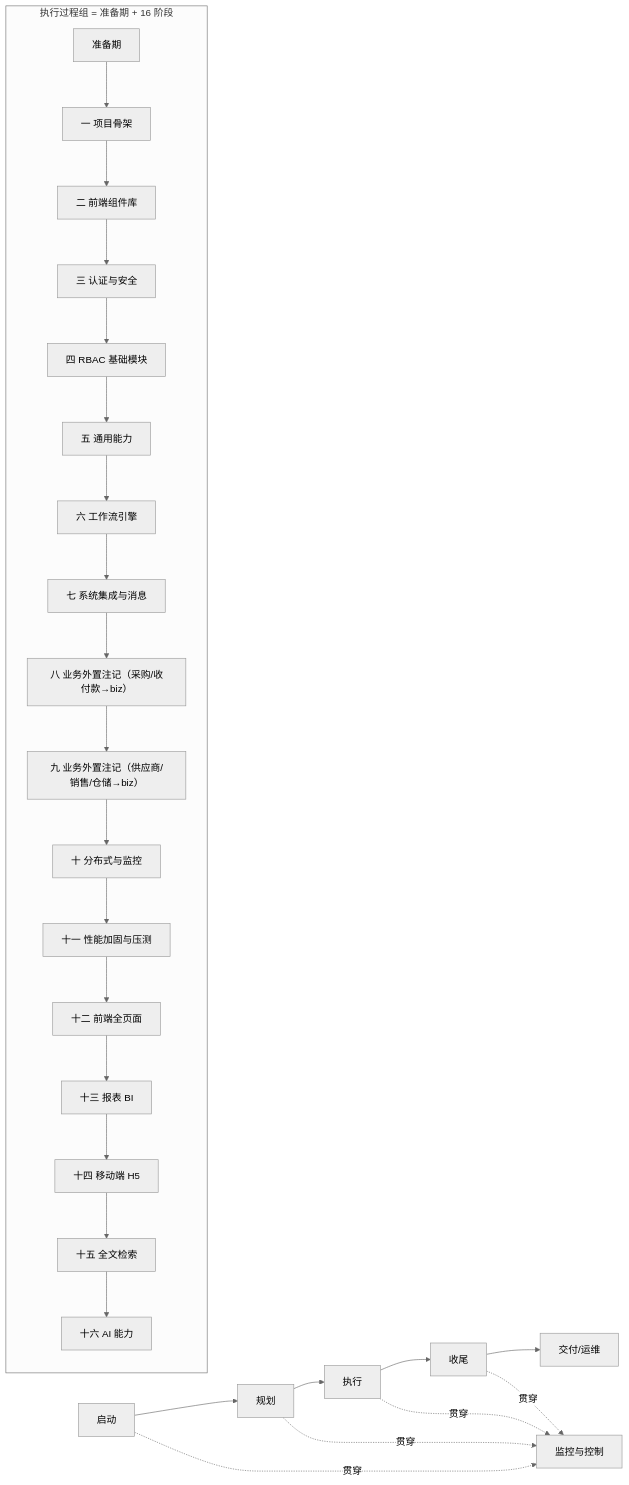
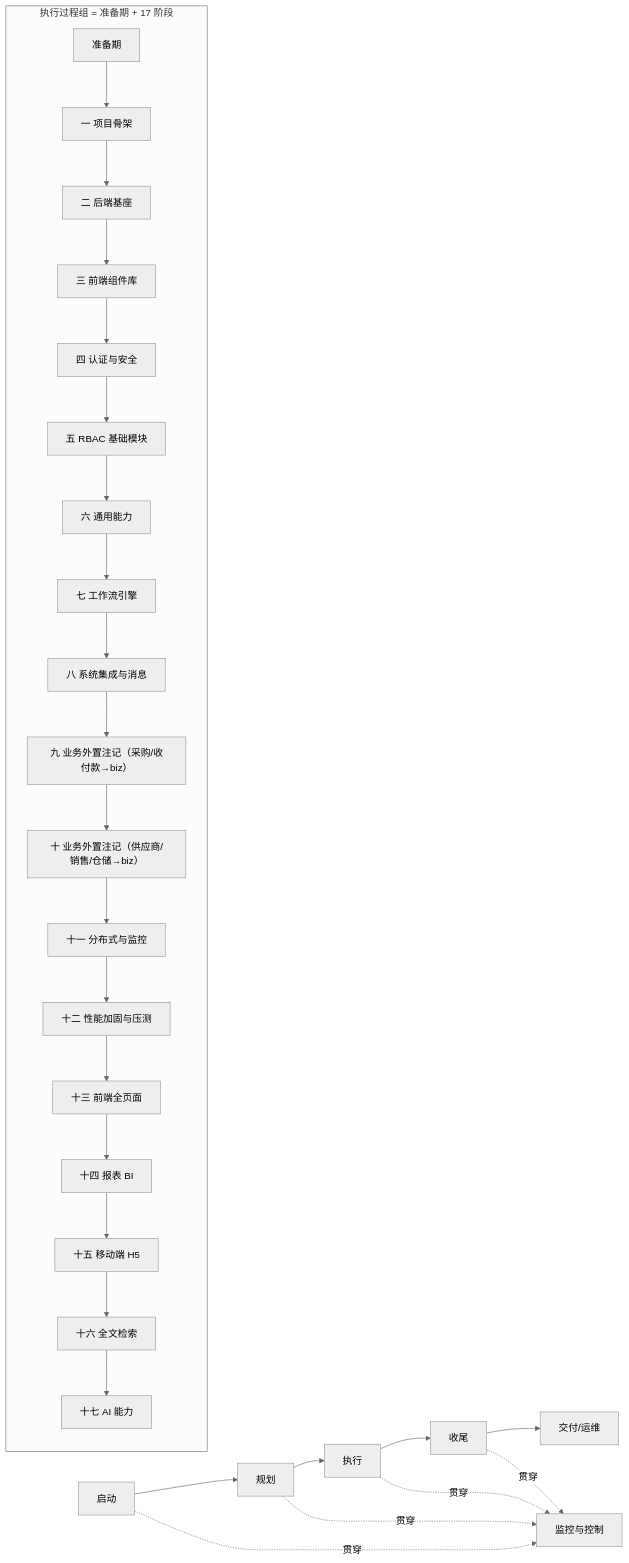
The first of 2 diagrams in bms文档/规划/总体项目规划.md (minjian123/basic-management-system), drawn with Mermaid (neutral theme) before and after one commit. The commit also changed other lines of this file and 199 other files, not shown here.

````diff
--- a/bms文档/规划/总体项目规划.md
+++ b/bms文档/规划/总体项目规划.md
@@ -94,20 +95,20 @@
 ```mermaid
 flowchart LR
     A["启动"] --> B["规划"]
     B --> C["执行"]
     C --> D["收尾"]
     D --> E["交付/运维"]
     A -.->|贯穿| F["监控与控制"]
     B -.->|贯穿| F
     C -.->|贯穿| F
     D -.->|贯穿| F
 
-    subgraph EXEC["执行过程组 = 准备期 + 16 阶段"]
-        P0["准备期"] --> S1["一 项目骨架"] --> S2["二 前端组件库"] --> S3["三 认证与安全"]
-        S3 --> S4["四 RBAC 基础模块"] --> S5["五 通用能力"] --> S6["六 工作流引擎"]
-        S6 --> S7["七 系统集成与消息"] --> S8["八 业务外置注记（采购/收付款→biz）"] --> S9["九 业务外置注记（供应商/销售/仓储→biz）"]
-        S9 --> S10["十 分布式与监控"] --> S11["十一 性能加固与压测"] --> S12["十二 前端全页面"]
-        S12 --> S13["十三 报表 BI"] --> S14["十四 移动端 H5"]
-        S14 --> S15["十五 全文检索"] --> S16["十六 AI 能力"]
+    subgraph EXEC["执行过程组 = 准备期 + 17 阶段"]
+        P0["准备期"] --> S1["一 项目骨架"] --> S2["二 后端基座"] --> S3["三 前端组件库"]
+        S3 --> S4["四 认证与安全"] --> S5["五 RBAC 基础模块"] --> S6["六 通用能力"]
+        S6 --> S7["七 工作流引擎"] --> S8["八 系统集成与消息"] --> S9["九 业务外置注记（采购/收付款→biz）"]
+        S9 --> S10["十 业务外置注记（供应商/销售/仓储→biz）"] --> S11["十一 分布式与监控"] --> S12["十二 性能加固与压测"]
+        S12 --> S13["十三 前端全页面"] --> S14["十四 报表 BI"] --> S15["十五 移动端 H5"]
+        S15 --> S16["十六 全文检索"] --> S17["十七 AI 能力"]
     end
 ```
````
